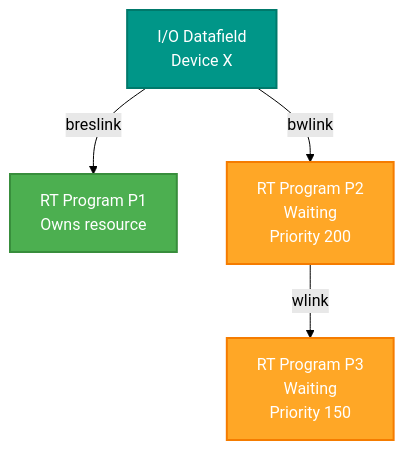
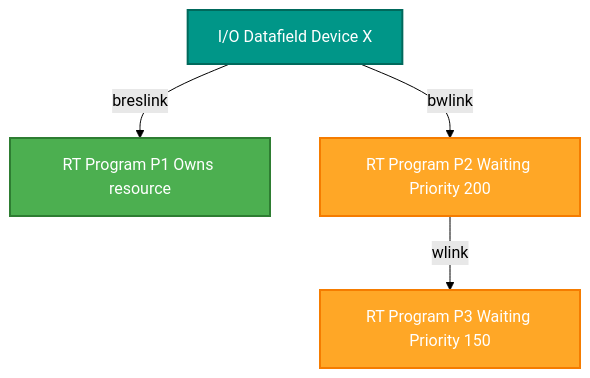
The seventh of 8 diagrams in SINTRAN/OS/00-SINTRAN-ARCHITECTURE-OVERVIEW.md (HackerCorpLabs/NDInsight), drawn with Mermaid (forest theme) before and after one commit. The commit also changed other lines of this file and 19 other files, not shown here.

Commit message:
Updated Mermaid diagrams

````diff
--- a/SINTRAN/OS/00-SINTRAN-ARCHITECTURE-OVERVIEW.md
+++ b/SINTRAN/OS/00-SINTRAN-ARCHITECTURE-OVERVIEW.md
@@ -571,11 +571,11 @@
 ```mermaid
 graph TD
-    A[I/O Datafield<br/>Device X] -->|breslink| B[RT Program P1<br/>Owns resource]
-    A -->|bwlink| C[RT Program P2<br/>Waiting<br/>Priority 200]
-    C -->|wlink| D[RT Program P3<br/>Waiting<br/>Priority 150]
+    A[I/O Datafield Device X] -->|breslink| B[RT Program P1 Owns resource]
+    A -->|bwlink| C[RT Program P2 Waiting Priority 200]
+    C -->|wlink| D[RT Program P3 Waiting Priority 150]
     
-    style A fill:#009688,stroke:#00796B,stroke-width:2px,color:#fff
-    style B fill:#4CAF50,stroke:#388E3C,stroke-width:2px,color:#fff
+    style A fill:#009688,stroke:#00695C,stroke-width:2px,color:#fff
+    style B fill:#4CAF50,stroke:#2E7D32,stroke-width:2px,color:#fff
     style C fill:#FFA726,stroke:#F57C00,stroke-width:2px,color:#fff
     style D fill:#FFA726,stroke:#F57C00,stroke-width:2px,color:#fff
 ```
````
